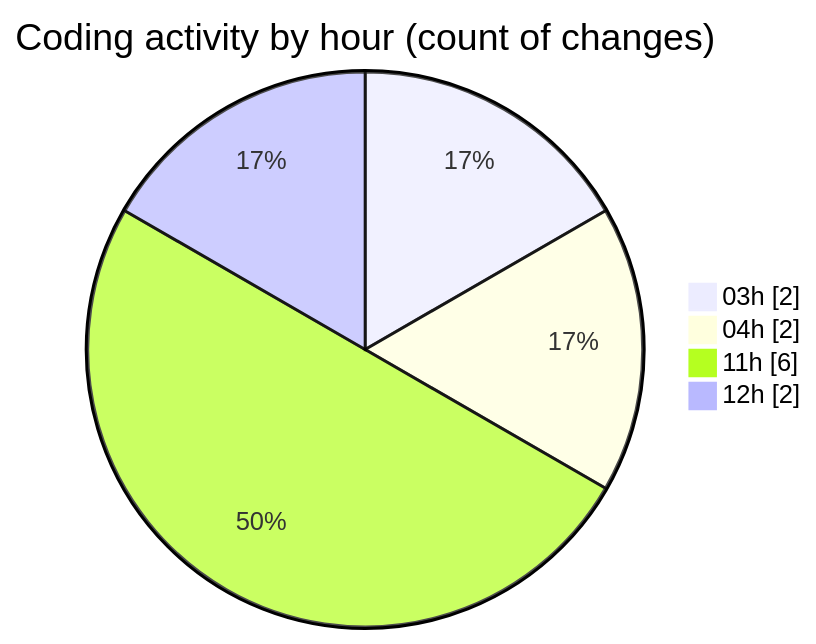
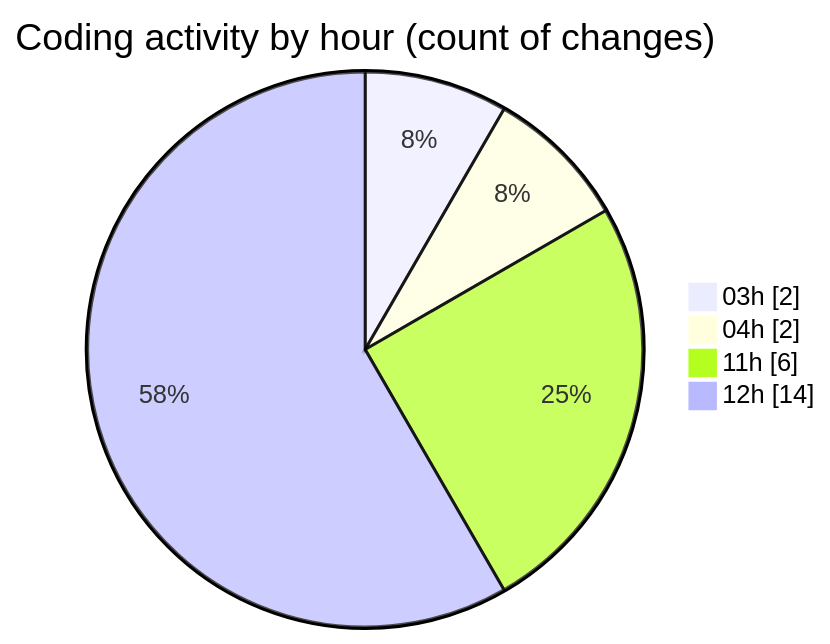
The second of 2 diagrams in 2025-07-04/cursor/README.md (FelipKnott/code-tracking), drawn with Mermaid before and after one commit. The commit also changed other lines of this file and 1 other file, not shown here.

````diff
--- a/2025-07-04/cursor/README.md
+++ b/2025-07-04/cursor/README.md
@@ -35,8 +42,8 @@
 ```mermaid
 pie showData
 title Coding activity by hour (count of changes)
 "03h" : 2
 "04h" : 2
 "11h" : 6
-"12h" : 2
+"12h" : 14
 ```
````
